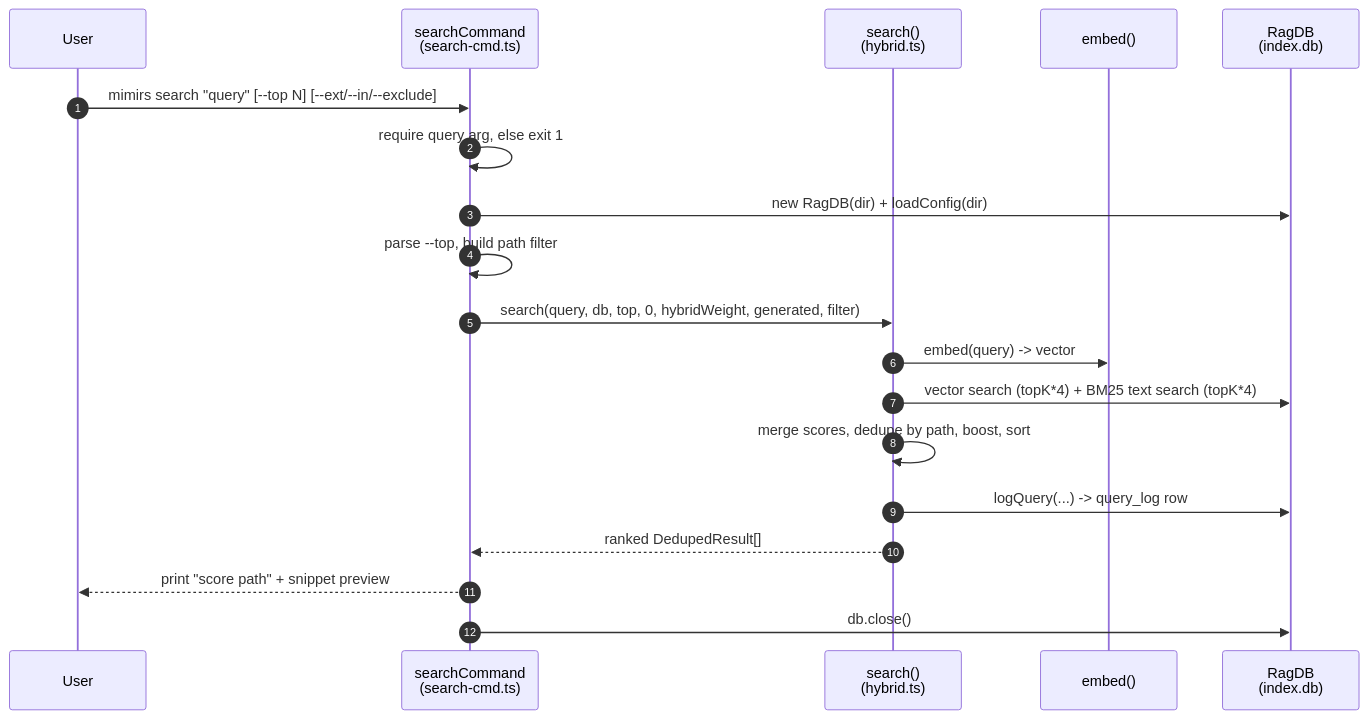
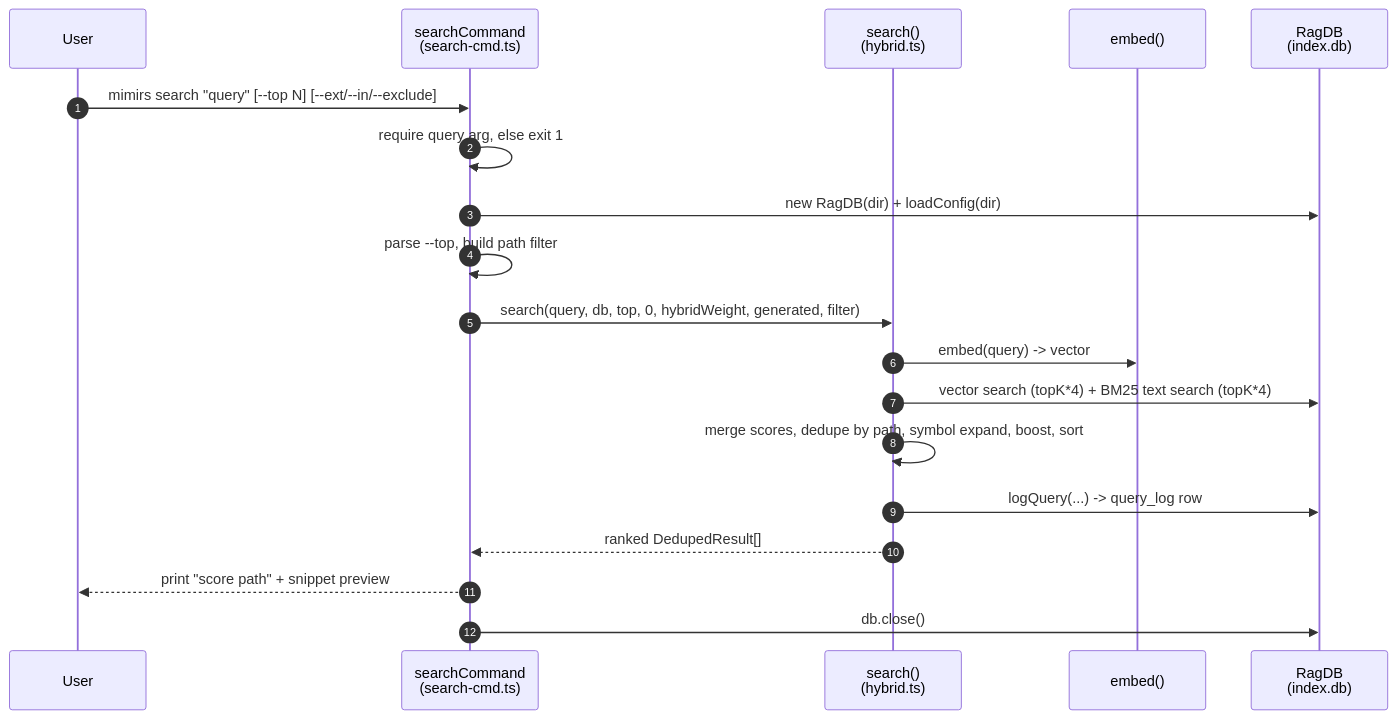
Before and after one commit to TheWinci/mimirs: the diagram in wiki/cli/search.md, drawn with Mermaid. The commit also changed other lines of this file and 55 other files, not shown here.

````diff
--- a/wiki/cli/search.md
+++ b/wiki/cli/search.md
@@ -11,22 +11,22 @@
 ```mermaid
 sequenceDiagram
     autonumber
     participant User
     participant CLI as searchCommand<br>(search-cmd.ts)
     participant Hybrid as search()<br>(hybrid.ts)
     participant Embed as embed()
     participant DB as RagDB<br>(index.db)
 
     User->>CLI: mimirs search "query" [--top N] [--ext/--in/--exclude]
     CLI->>CLI: require query arg, else exit 1
     CLI->>DB: new RagDB(dir) + loadConfig(dir)
     CLI->>CLI: parse --top, build path filter
     CLI->>Hybrid: search(query, db, top, 0, hybridWeight, generated, filter)
     Hybrid->>Embed: embed(query) -> vector
     Hybrid->>DB: vector search (topK*4) + BM25 text search (topK*4)
-    Hybrid->>Hybrid: merge scores, dedupe by path, boost, sort
+    Hybrid->>Hybrid: merge scores, dedupe by path, symbol expand, boost, sort
     Hybrid->>DB: logQuery(...) -> query_log row
     Hybrid-->>CLI: ranked DedupedResult[]
     CLI-->>User: print "score  path" + snippet preview
     CLI->>DB: db.close()
 ```
````
